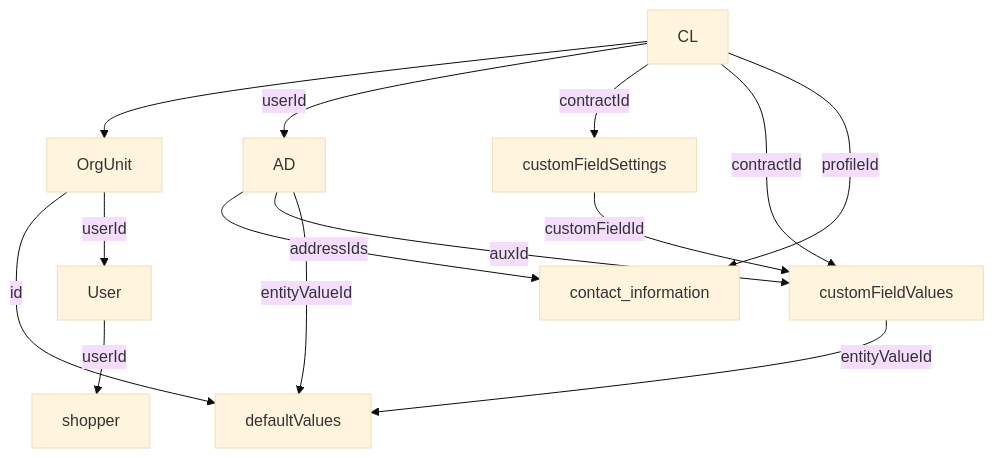
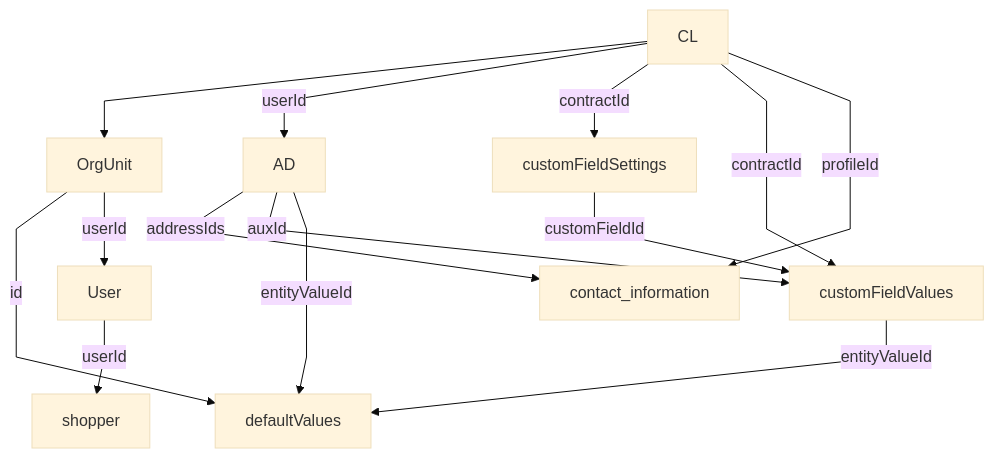
Before and after one commit to vtexdocs/dev-portal-content: the diagram in docs/guides/b2b/b2b-buyer-portal/b2b-buyer-portal-master-data-architecture.md, drawn with Mermaid (base theme). The commit also changed 1 other file, not shown here.

Commit message:
docs: add cross-reference and Mermaid config to B2B Buyer Portal docs

````diff
--- a/docs/guides/b2b/b2b-buyer-portal/b2b-buyer-portal-master-data-architecture.md
+++ b/docs/guides/b2b/b2b-buyer-portal/b2b-buyer-portal-master-data-architecture.md
@@ -41,16 +41,17 @@
 ```mermaid
+%%{init: {"flowchart": {"curve": "linear", "useMaxWidth": true}}}%%
 flowchart TB
     CL --> OrgUnit
     CL -->|"userId"| AD
     CL -->|"contractId"| customFieldSettings
     CL -->|"contractId"| customFieldValues
     CL -->|"profileId"| contact_information
     AD -->|"addressIds"| contact_information
     AD -->|"auxId"| customFieldValues
     customFieldSettings -->|"customFieldId"| customFieldValues
     OrgUnit -->|"id"| defaultValues
     AD -->|"entityValueId"| defaultValues
     customFieldValues -->|"entityValueId"| defaultValues
     OrgUnit -->|"userId"| User
     User -->|"userId"| shopper
 ```
````
